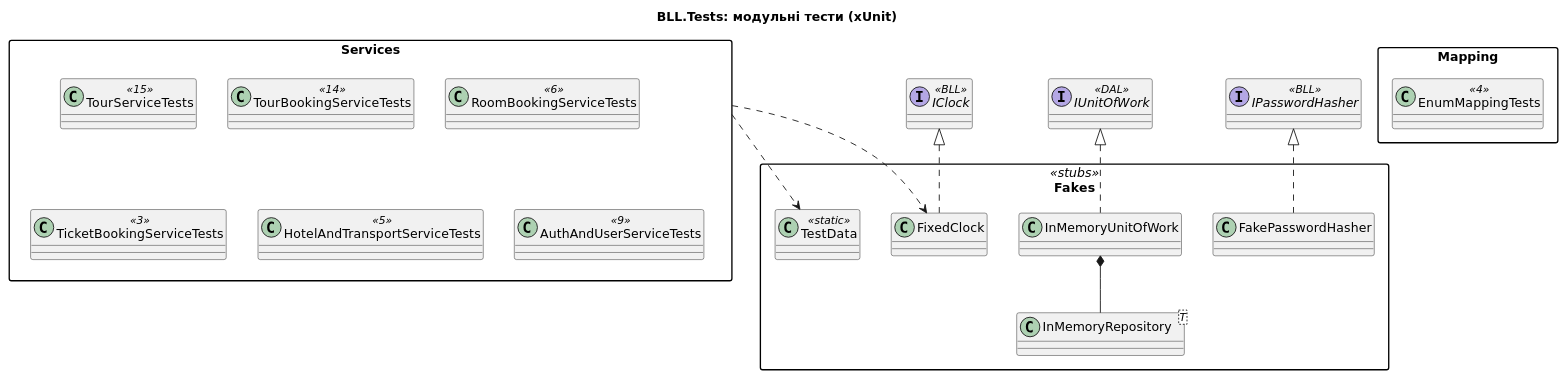
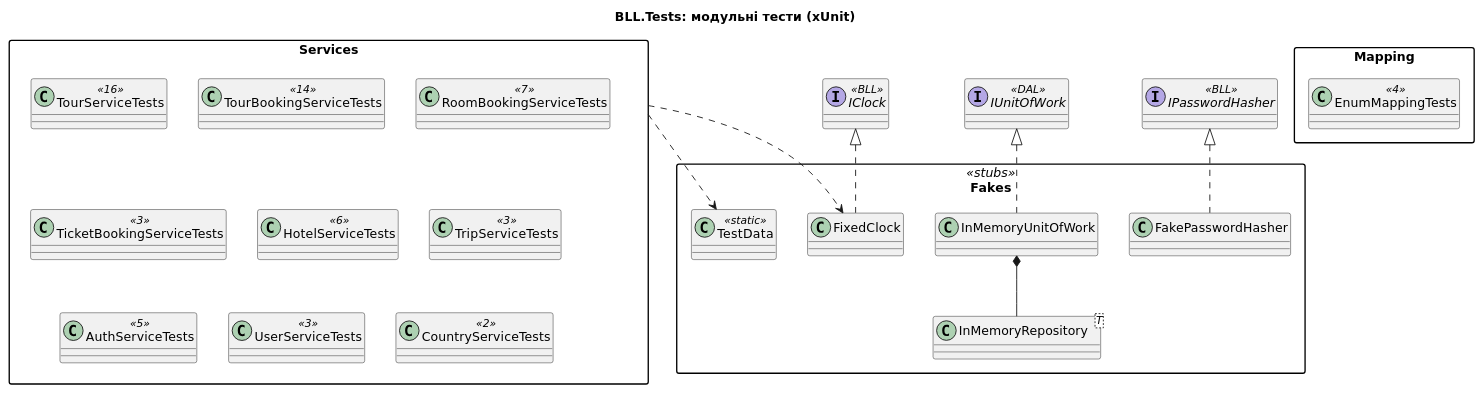
One commit to 01eksandr0/Bz-121-24-1-PI-2-backend changed the diagram in docs/uml/09-tests.puml. Above: the diagram before and after it, drawn with PlantUML. The commit also changed 10 other files, not shown here.

Commit message:
TA-19: update README, UML sources, backlog and CLAUDE.md after review fixes

```diff
--- a/docs/uml/09-tests.puml
+++ b/docs/uml/09-tests.puml
@@ -1,34 +1,37 @@
 @startuml
 skinparam defaultFontName DejaVu Sans
 skinparam shadowing false
 skinparam classAttributeIconSize 0
 skinparam packageStyle rectangle
 title BLL.Tests: модульні тести (xUnit)
 package Fakes <<stubs>> {
   class InMemoryUnitOfWork
   class "InMemoryRepository<T>" as IMR
   class FixedClock
   class FakePasswordHasher
   class TestData <<static>>
 }
 package Services {
-  class TourServiceTests <<15>>
+  class TourServiceTests <<16>>
   class TourBookingServiceTests <<14>>
-  class RoomBookingServiceTests <<6>>
+  class RoomBookingServiceTests <<7>>
   class TicketBookingServiceTests <<3>>
-  class HotelAndTransportServiceTests <<5>>
-  class AuthAndUserServiceTests <<9>>
+  class HotelServiceTests <<6>>
+  class TripServiceTests <<3>>
+  class AuthServiceTests <<5>>
+  class UserServiceTests <<3>>
+  class CountryServiceTests <<2>>
 }
 package Mapping {
   class EnumMappingTests <<4>>
 }
 interface IUnitOfWork <<DAL>>
 interface IClock <<BLL>>
 interface IPasswordHasher <<BLL>>
 IUnitOfWork <|.. InMemoryUnitOfWork
 IClock <|.. FixedClock
 IPasswordHasher <|.. FakePasswordHasher
 InMemoryUnitOfWork *-- IMR
 Services ..> TestData
 Services ..> FixedClock
 @enduml
```
